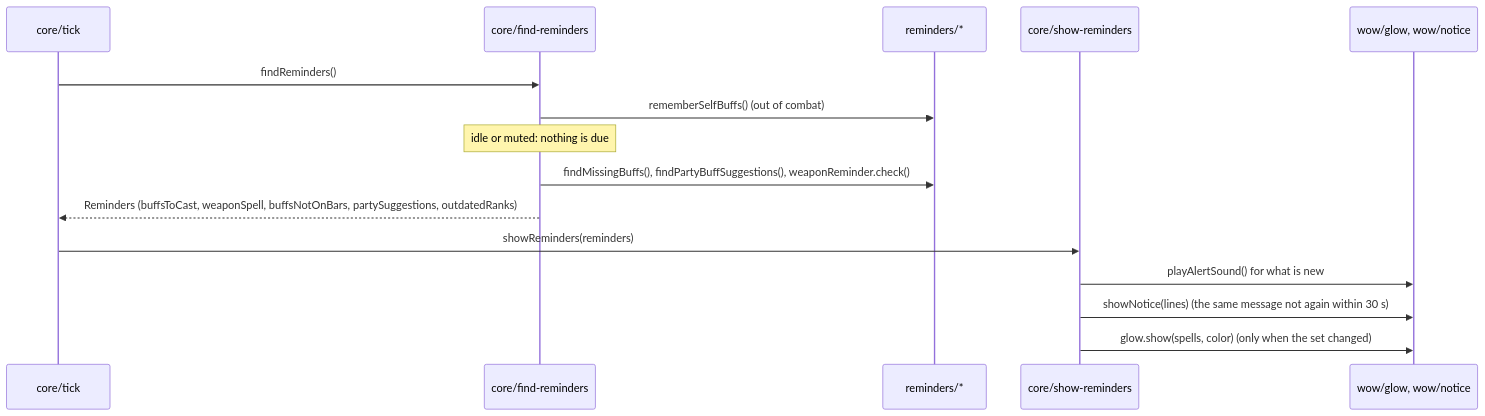
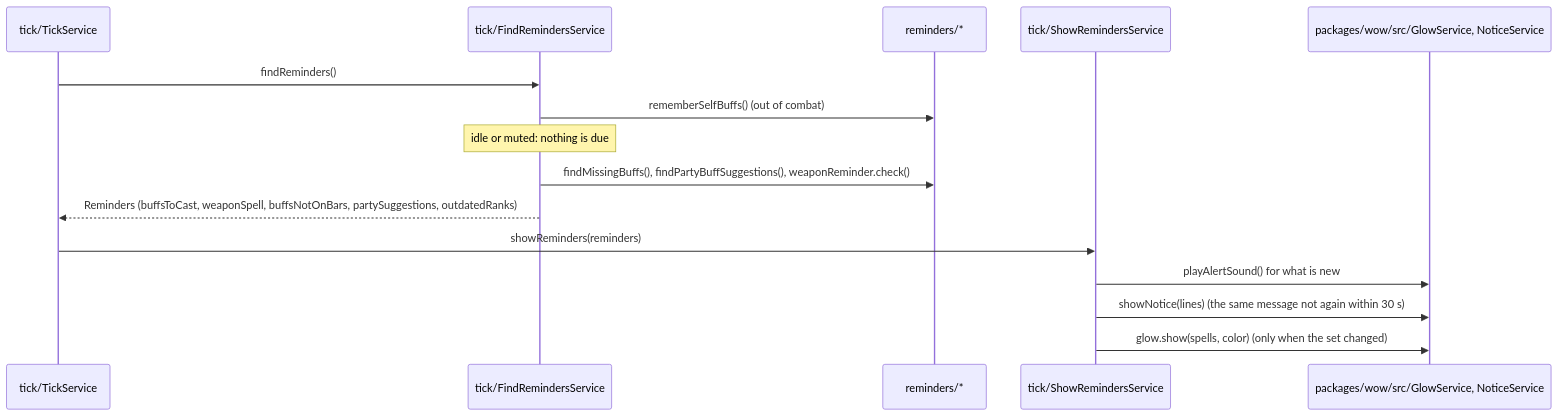
Before and after one commit to vattiss/wowkit: the fifth of 5 diagrams in docs/architecture.md, drawn with Mermaid. The commit also changed other lines of this file and 267 other files, not shown here.

````diff
--- a/docs/architecture.md
+++ b/docs/architecture.md
@@ -137,18 +308,18 @@
 ```mermaid
 sequenceDiagram
-    participant Tick as core/tick
-    participant Find as core/find-reminders
+    participant Tick as tick/TickService
+    participant Find as tick/FindRemindersService
     participant Logic as reminders/*
-    participant Show as core/show-reminders
-    participant Screen as wow/glow, wow/notice
+    participant Show as tick/ShowRemindersService
+    participant Screen as packages/wow/src/GlowService, NoticeService
 
     Tick->>Find: findReminders()
     Find->>Logic: rememberSelfBuffs() (out of combat)
     Note over Find: idle or muted: nothing is due
     Find->>Logic: findMissingBuffs(), findPartyBuffSuggestions(), weaponReminder.check()
     Find-->>Tick: Reminders (buffsToCast, weaponSpell, buffsNotOnBars, partySuggestions, outdatedRanks)
     Tick->>Show: showReminders(reminders)
     Show->>Screen: playAlertSound() for what is new
     Show->>Screen: showNotice(lines) (the same message not again within 30 s)
     Show->>Screen: glow.show(spells, color) (only when the set changed)
 ```
````
